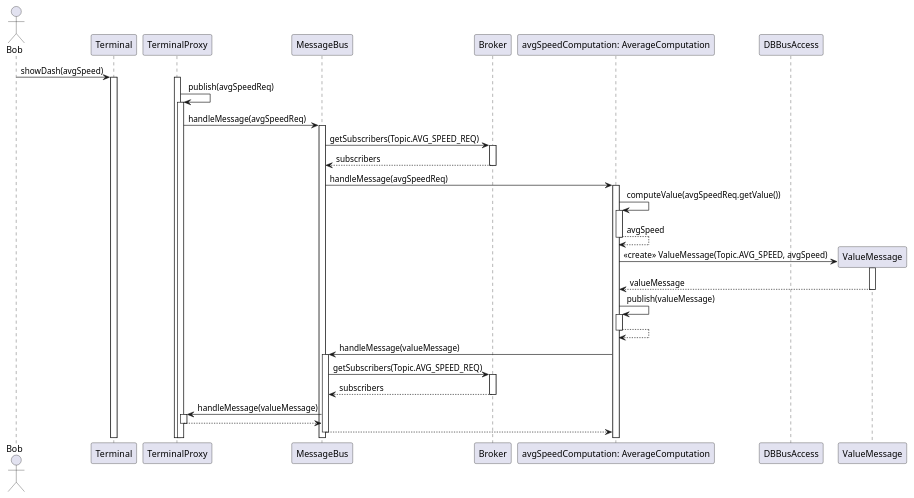
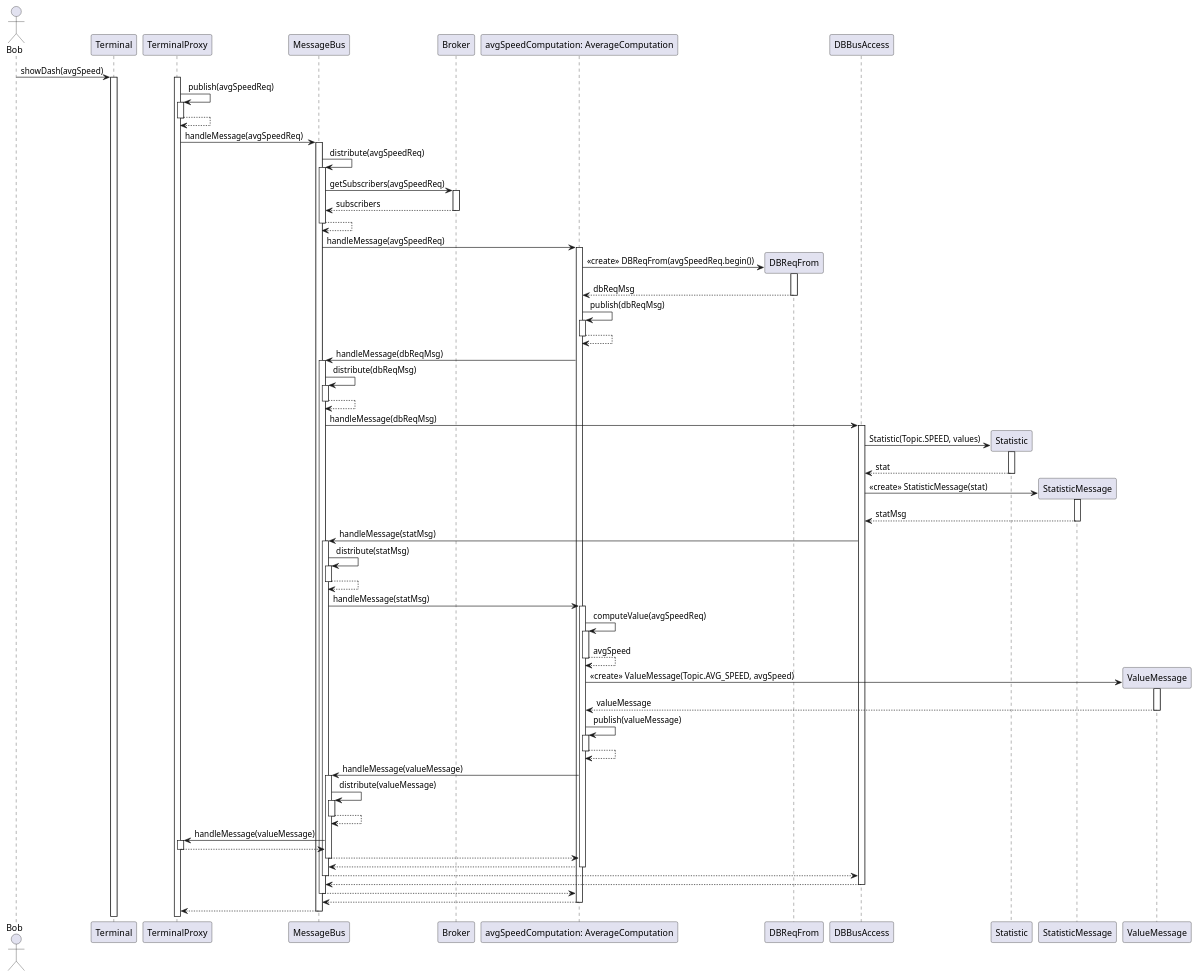
Before and after one commit to uzdry/PSE: the diagram in Entwurf/diagrams/StatsDBSeq.wsd, drawn with PlantUML.

Commit message:
Spaghetti

```diff
--- a/Entwurf/diagrams/StatsDBSeq.wsd
+++ b/Entwurf/diagrams/StatsDBSeq.wsd
@@ -1,78 +1,148 @@
 @startuml
 
 actor Bob
 
 participant Terminal
 
 participant TerminalProxy
 
 participant MessageBus
 
 participant Broker
 
-
 participant "avgSpeedComputation: AverageComputation" as AVGSCALC
 
-
+participant DBReqFrom
 
 participant DBBusAccess
 
 Bob -> Terminal: showDash(avgSpeed)
 activate Terminal
 
-
-
+activate TerminalProxy
+TerminalProxy -> TerminalProxy: publish(avgSpeedReq)
 activate TerminalProxy
 
-TerminalProxy -> TerminalProxy: publish(avgSpeedReq)
-activate TerminalProxy
+TerminalProxy --> TerminalProxy:
+deactivate TerminalProxy
 
 TerminalProxy -> MessageBus: handleMessage(avgSpeedReq)
 activate MessageBus
 
-MessageBus -> Broker: getSubscribers(Topic.AVG_SPEED_REQ)
+MessageBus -> MessageBus: distribute(avgSpeedReq)
+activate MessageBus
+
+MessageBus -> Broker: getSubscribers(avgSpeedReq)
 activate Broker
 
 Broker --> MessageBus: subscribers
 deactivate Broker
 
+MessageBus --> MessageBus:
+deactivate MessageBus
+
 MessageBus -> AVGSCALC: handleMessage(avgSpeedReq)
 activate AVGSCALC
 
-AVGSCALC -> AVGSCALC: computeValue(avgSpeedReq.getValue())
+create DBReqFrom
+
+AVGSCALC -> DBReqFrom: <<create>> DBReqFrom(avgSpeedReq.begin())
+activate DBReqFrom
+DBReqFrom --> AVGSCALC: dbReqMsg
+deactivate DBReqFrom
+
+AVGSCALC -> AVGSCALC: publish(dbReqMsg)
+activate AVGSCALC
+AVGSCALC --> AVGSCALC:
+deactivate AVGSCALC
+
+AVGSCALC -> MessageBus: handleMessage(dbReqMsg)
+activate MessageBus
+MessageBus -> MessageBus: distribute(dbReqMsg)
+activate MessageBus
+MessageBus --> MessageBus:
+deactivate MessageBus
+MessageBus -> DBBusAccess: handleMessage(dbReqMsg)
+activate DBBusAccess
+
+create Statistic
+
+DBBusAccess -> Statistic: Statistic(Topic.SPEED, values)
+activate Statistic
+Statistic --> DBBusAccess: stat
+deactivate Statistic
+
+create StatisticMessage
+DBBusAccess -> StatisticMessage: <<create>> StatisticMessage(stat)
+activate StatisticMessage
+
+StatisticMessage --> DBBusAccess: statMsg
+deactivate StatisticMessage
+
+DBBusAccess -> MessageBus: handleMessage(statMsg)
+activate MessageBus
+
+MessageBus -> MessageBus: distribute(statMsg)
+activate MessageBus
+
+MessageBus --> MessageBus:
+deactivate MessageBus
+
+MessageBus -> AVGSCALC: handleMessage(statMsg)
+activate AVGSCALC
+
+
+AVGSCALC -> AVGSCALC: computeValue(avgSpeedReq)
 activate AVGSCALC
 AVGSCALC --> AVGSCALC: avgSpeed
 deactivate AVGSCALC
 
 create ValueMessage
 
 AVGSCALC -> ValueMessage: <<create>> ValueMessage(Topic.AVG_SPEED, avgSpeed)
 activate ValueMessage
 ValueMessage --> AVGSCALC: valueMessage
 deactivate ValueMessage
 
 AVGSCALC -> AVGSCALC: publish(valueMessage)
 activate AVGSCALC
 AVGSCALC --> AVGSCALC:
 deactivate AVGSCALC
 
 AVGSCALC -> MessageBus: handleMessage(valueMessage)
 activate MessageBus
 
-MessageBus -> Broker: getSubscribers(Topic.AVG_SPEED_REQ)
-activate Broker
-
-Broker --> MessageBus: subscribers
-deactivate Broker
+MessageBus -> MessageBus: distribute(valueMessage)
+activate MessageBus
+MessageBus --> MessageBus
+deactivate MessageBus
 
 MessageBus -> TerminalProxy: handleMessage(valueMessage)
 activate TerminalProxy
 
 TerminalProxy --> MessageBus:
 deactivate TerminalProxy
 
 MessageBus --> AVGSCALC:
 deactivate MessageBus
 
+AVGSCALC --> MessageBus
+deactivate AVGSCALC
+
+MessageBus --> DBBusAccess
+deactivate MessageBus
+
+DBBusAccess --> MessageBus
+deactivate DBBusAccess
+
+MessageBus --> AVGSCALC
+deactivate MessageBus
+
+AVGSCALC --> MessageBus
+deactivate AVGSCALC
+
+MessageBus --> TerminalProxy
+deactivate MessageBus
+
 
 @enduml
```
